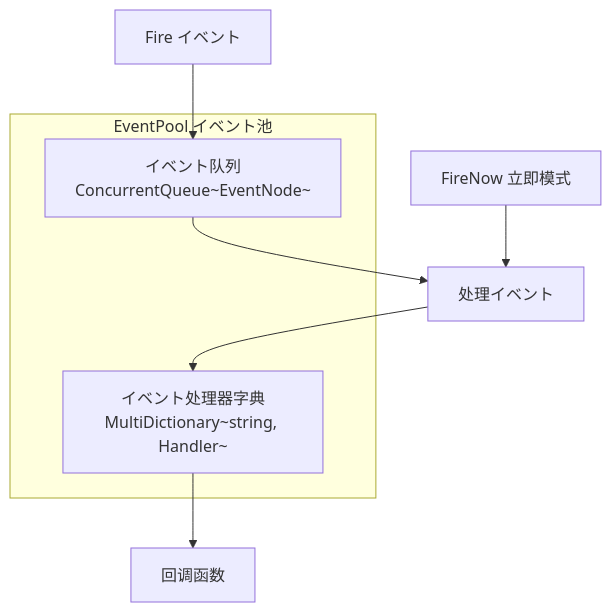
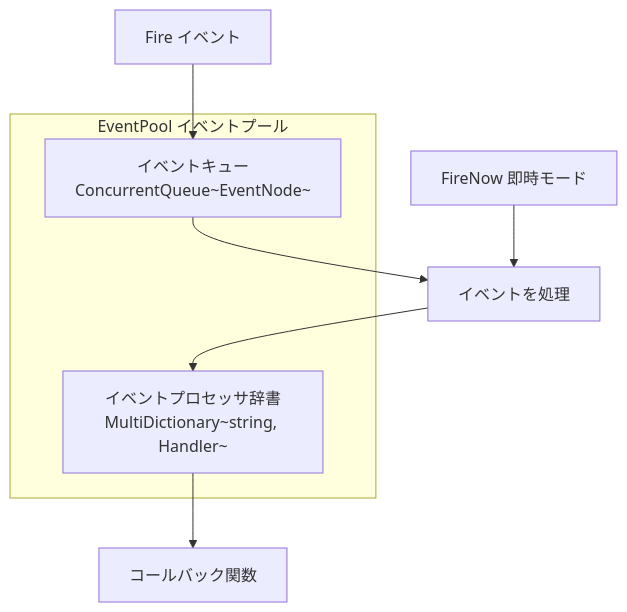
One commit to AlianBlank/GameFrameX.Docs changed the third of 4 diagrams in docs/ja/client/unity/component/core/04.features.md. Above: the diagram before and after it, drawn with Mermaid. The commit also changed other lines of this file and 320 other files, not shown here.

````diff
--- a/docs/ja/client/unity/component/core/04.features.md
+++ b/docs/ja/client/unity/component/core/04.features.md
@@ -181,14 +181,14 @@
 ```mermaid
 flowchart TD
-    subgraph "EventPool イベント池"
-        EventQueue[イベント队列<br/>ConcurrentQueue~EventNode~]
-        EventHandlers[イベント处理器字典<br/>MultiDictionary~string, Handler~]
+    subgraph "EventPool イベントプール"
+        EventQueue[イベントキュー<br/>ConcurrentQueue~EventNode~]
+        EventHandlers[イベントプロセッサ辞書<br/>MultiDictionary~string, Handler~]
     end
-    
+
     Fire[Fire イベント] --> EventQueue
-    EventQueue --> HandleEvent[处理イベント]
+    EventQueue --> HandleEvent[イベントを処理]
     HandleEvent --> EventHandlers
-    EventHandlers --> Callback[回调函数]
-    
-    FireNow[FireNow 立即模式] --> HandleEvent
+    EventHandlers --> Callback[コールバック関数]
+
+    FireNow[FireNow 即時モード] --> HandleEvent
 ```
````
